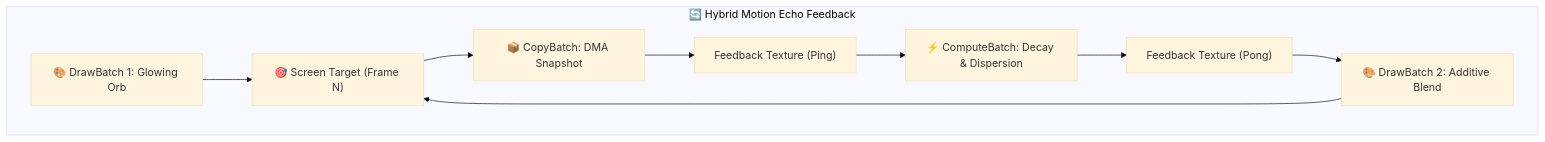
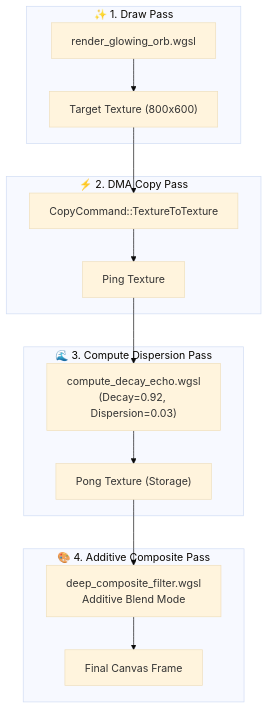
The diagram in crates/ifol-gpu/tests/reports/tc105_pingpong_echo_report.md (danphong23/ifol-animation), drawn with Mermaid (base theme) before and after one commit. The commit also changed other lines of this file and 50 other files, not shown here.

````diff
--- a/crates/ifol-gpu/tests/reports/tc105_pingpong_echo_report.md
+++ b/crates/ifol-gpu/tests/reports/tc105_pingpong_echo_report.md
@@ -21,20 +24,26 @@
 ```mermaid
 flowchart TD
-    subgraph Hybrid_Echo_Loop["🔄 Hybrid Motion Echo Feedback"]
-        TARGET["🎯 Screen Target (Frame N)"]
-        ORB["🎨 DrawBatch 1: Glowing Orb"]
-        COPY["📦 CopyBatch: DMA Snapshot"]
-        PING["Feedback Texture (Ping)"]
-        COMP["⚡ ComputeBatch: Decay & Dispersion"]
-        PONG["Feedback Texture (Pong)"]
-        COMPOSITE["🎨 DrawBatch 2: Additive Blend"]
-        
-        ORB --> TARGET
-        TARGET --> COPY
-        COPY --> PING
-        PING --> COMP
-        COMP --> PONG
-        PONG --> COMPOSITE
-        COMPOSITE --> TARGET
+    subgraph Step_1["✨ 1. Draw Pass"]
+        ORB_SHADER["render_glowing_orb.wgsl"]
+        TARGET_TEX["Target Texture (800x600)"]
+        ORB_SHADER --> TARGET_TEX
+    end
+
+    subgraph Step_2["⚡ 2. DMA Copy Pass"]
+        DMA["CopyCommand::TextureToTexture"]
+        PING_TEX["Ping Texture"]
+        TARGET_TEX --> DMA --> PING_TEX
+    end
+
+    subgraph Step_3["🌊 3. Compute Dispersion Pass"]
+        CS["compute_decay_echo.wgsl<br/>(Decay=0.92, Dispersion=0.03)"]
+        PONG_TEX["Pong Texture (Storage)"]
+        PING_TEX --> CS --> PONG_TEX
+    end
+
+    subgraph Step_4["🎨 4. Additive Composite Pass"]
+        ADD_PASS["deep_composite_filter.wgsl<br/>Additive Blend Mode"]
+        CANVAS["Final Canvas Frame"]
+        PONG_TEX --> ADD_PASS --> CANVAS
     end
 ```
````
